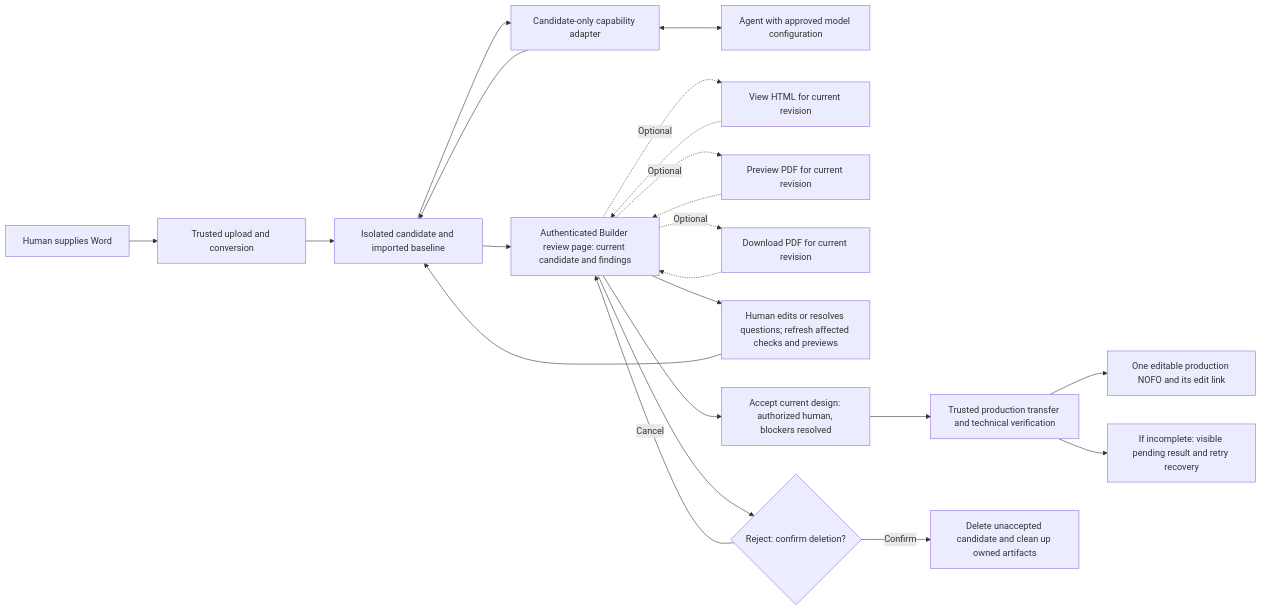
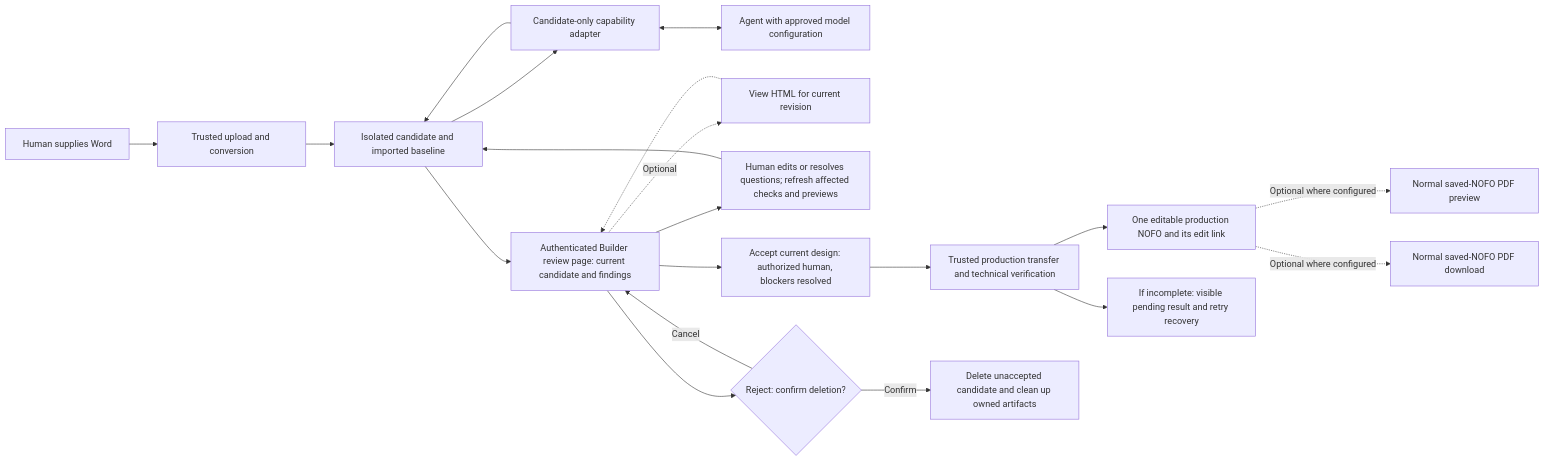
The diagram in documentation/adr/2026-10-20-agent-design-pilot-boundary.md (HHS/simpler-grants-pdf-builder), drawn with Mermaid before and after one commit. The commit also changed other lines of this file and 2 other files, not shown here.

````diff
--- a/documentation/adr/2026-10-20-agent-design-pilot-boundary.md
+++ b/documentation/adr/2026-10-20-agent-design-pilot-boundary.md
@@ -41,24 +45,22 @@
 ```mermaid
 flowchart LR
     U[Human supplies Word] --> V[Trusted upload and conversion]
     V --> C[Isolated candidate and imported baseline]
     C --> T[Candidate-only capability adapter]
     T <--> A[Agent with approved model configuration]
     T --> C
     C --> H[Authenticated Builder review page: current candidate and findings]
     H -. Optional .-> HTML[View HTML for current revision]
-    H -. Optional .-> PDF[Preview PDF for current revision]
-    H -. Optional .-> DL[Download PDF for current revision]
     HTML -.-> H
-    PDF -.-> H
-    DL -.-> H
     H --> EDIT[Human edits or resolves questions; refresh affected checks and previews]
     EDIT --> C
     H --> E[Accept current design: authorized human, blockers resolved]
     E --> K[Trusted production transfer and technical verification]
     K --> P[One editable production NOFO and its edit link]
+    P -. Optional where configured .-> PDF[Normal saved-NOFO PDF preview]
+    P -. Optional where configured .-> DL[Normal saved-NOFO PDF download]
     K --> F[If incomplete: visible pending result and retry recovery]
     H --> D{Reject: confirm deletion?}
     D -->|Cancel| H
     D -->|Confirm| X[Delete unaccepted candidate and clean up owned artifacts]
 ```
````
